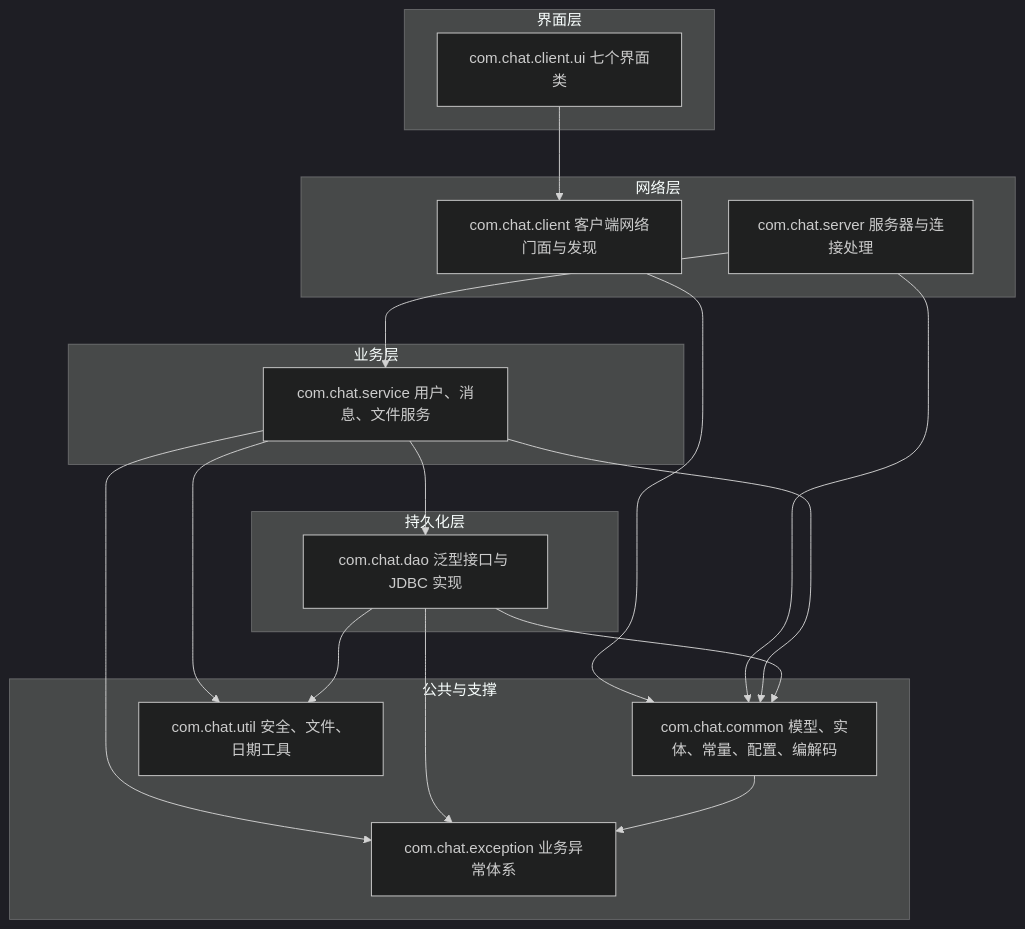
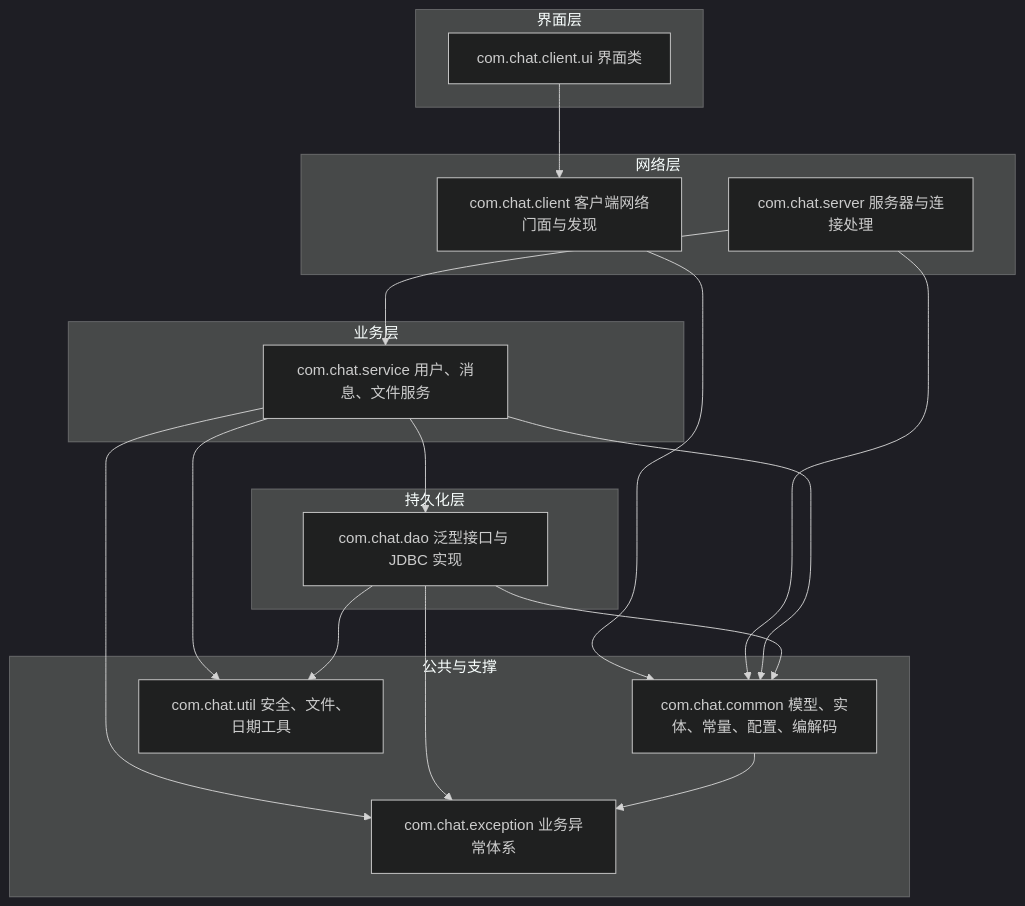
Before and after one commit to FeiTwnd/lanchat: the first of 11 diagrams in docs/design/04-实现说明.md, drawn with Mermaid (dark theme). The commit also changed other lines of this file and 17 other files, not shown here.

````diff
--- a/docs/design/04-实现说明.md
+++ b/docs/design/04-实现说明.md
@@ -40,34 +40,34 @@
 ```mermaid
 flowchart TB
     subgraph L1["界面层"]
-        UI["com.chat.client.ui 七个界面类"]
+        UI["com.chat.client.ui 界面类"]
     end
     subgraph L2["网络层"]
         CLIENT["com.chat.client 客户端网络门面与发现"]
         SERVER["com.chat.server 服务器与连接处理"]
     end
     subgraph L3["业务层"]
         SERVICE["com.chat.service 用户、消息、文件服务"]
     end
     subgraph L4["持久化层"]
         DAO["com.chat.dao 泛型接口与 JDBC 实现"]
     end
     subgraph L5["公共与支撑"]
         COMMON["com.chat.common 模型、实体、常量、配置、编解码"]
         UTIL["com.chat.util 安全、文件、日期工具"]
         EXC["com.chat.exception 业务异常体系"]
     end
 
     UI --> CLIENT
     CLIENT --> COMMON
     SERVER --> SERVICE
     SERVER --> COMMON
     SERVICE --> DAO
     SERVICE --> COMMON
     SERVICE --> UTIL
     SERVICE --> EXC
     DAO --> COMMON
     DAO --> UTIL
     DAO --> EXC
     COMMON --> EXC
 ```
````
